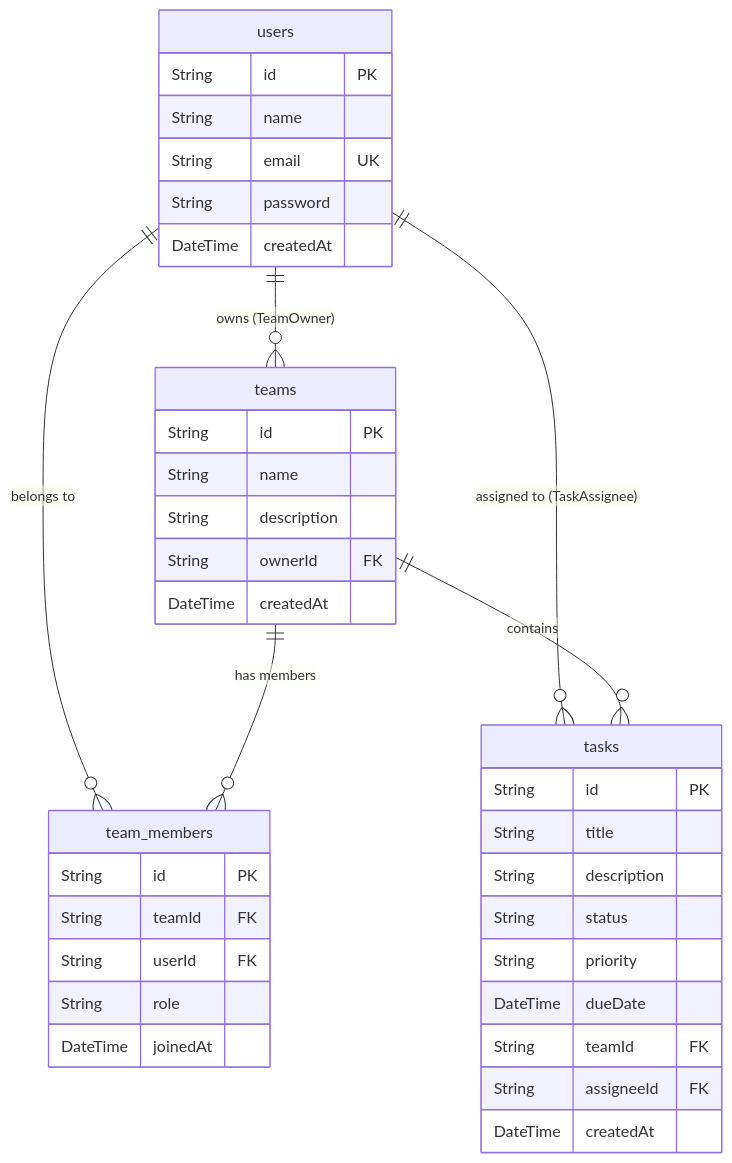
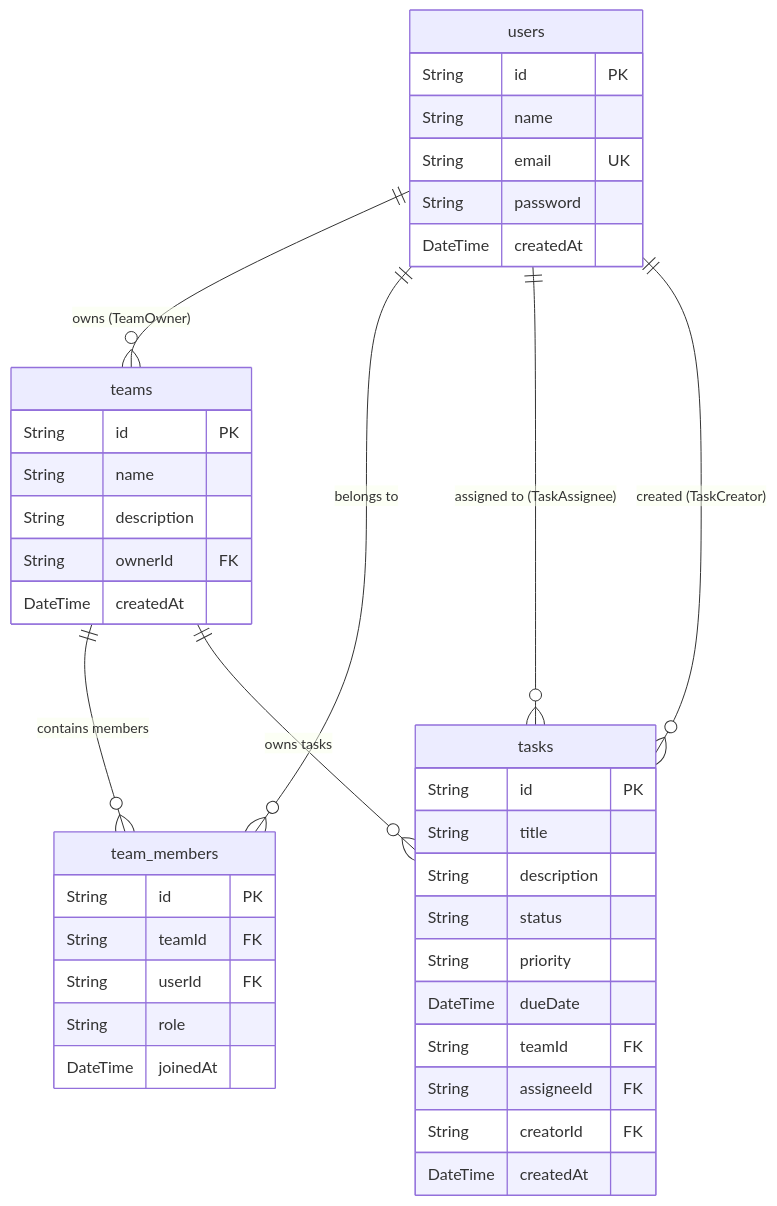
Before and after one commit to ThanhNam7791aaa/Assignment-2-crud-with-authentication: the diagram in README.md, drawn with Mermaid. The commit also changed other lines of this file and 25 other files, not shown here.

Commit message:
feat(ass2): implement Task & Team Management App with JWT auth, CRUD APIs, and RBAC

````diff
--- a/README.md
+++ b/README.md
@@ -72,44 +53,46 @@
 ```mermaid
 erDiagram
     users {
         String id PK
         String name
         String email UK
         String password
         DateTime createdAt
     }
 
     teams {
         String id PK
         String name
         String description
         String ownerId FK
         DateTime createdAt
     }
 
     team_members {
         String id PK
         String teamId FK
         String userId FK
         String role
         DateTime joinedAt
     }
 
     tasks {
         String id PK
         String title
         String description
         String status
         String priority
         DateTime dueDate
         String teamId FK
         String assigneeId FK
+        String creatorId FK
         DateTime createdAt
     }
 
     users ||--o{ teams : "owns (TeamOwner)"
     users ||--o{ team_members : "belongs to"
     users ||--o{ tasks : "assigned to (TaskAssignee)"
-    teams ||--o{ team_members : "has members"
-    teams ||--o{ tasks : "contains"
+    users ||--o{ tasks : "created (TaskCreator)"
+    teams ||--o{ team_members : "contains members"
+    teams ||--o{ tasks : "owns tasks"
 ```
````
